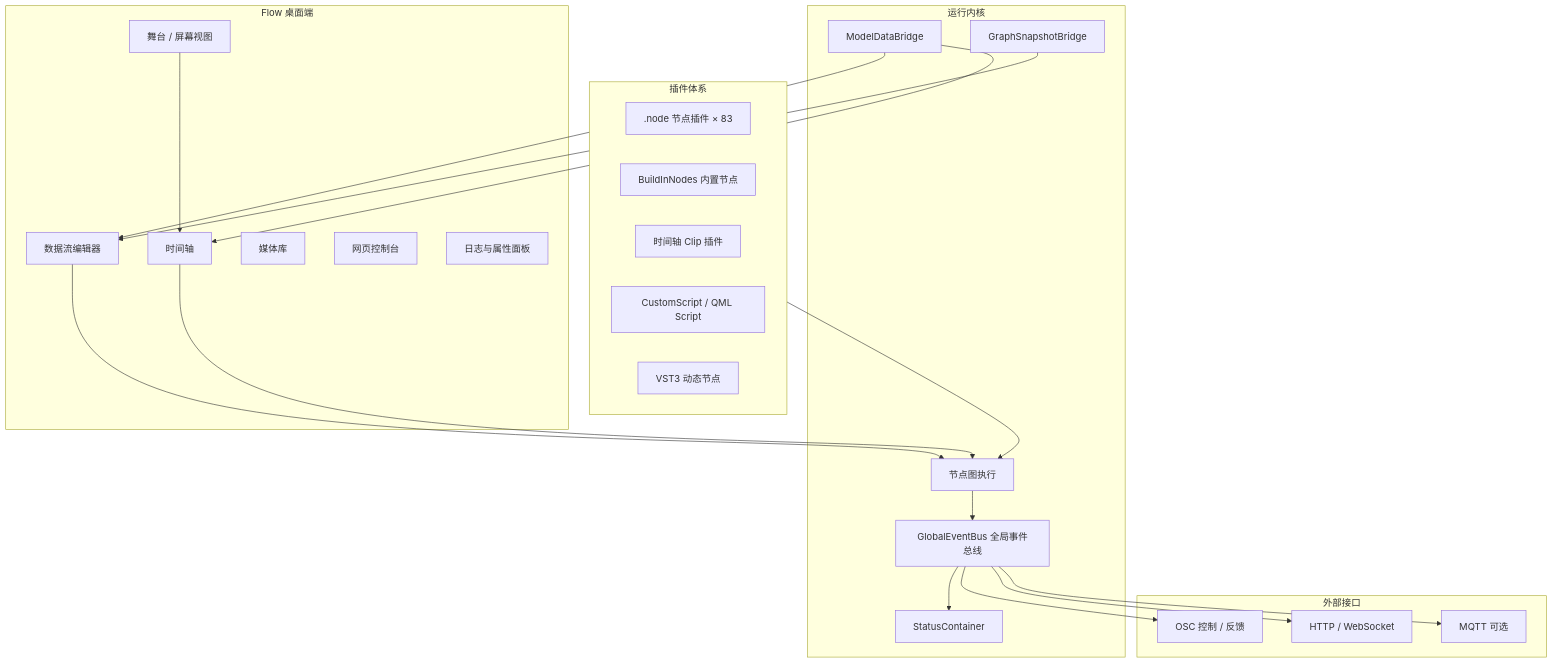
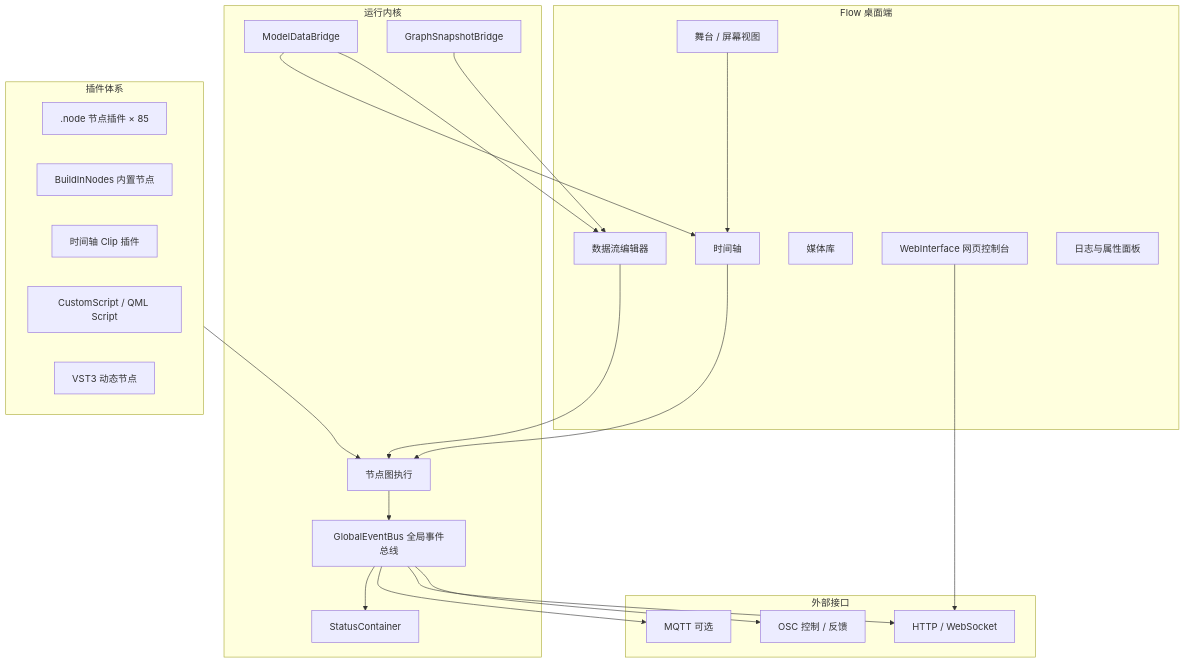
Before and after one commit to bwll1989/NodeEditorCPP: the diagram in README.md, drawn with Mermaid. The commit also changed other lines of this file and 272 other files, not shown here.

````diff
--- a/README.md
+++ b/README.md
@@ -35,46 +35,47 @@
 ```mermaid
 flowchart TB
     subgraph UI["Flow 桌面端"]
         DF[数据流编辑器]
         TL[时间轴]
         ST[舞台 / 屏幕视图]
         ML[媒体库]
-        EC[网页控制台]
+        EC[WebInterface 网页控制台]
         LG[日志与属性面板]
     end
 
     subgraph Runtime["运行内核"]
         NP[节点图执行]
         EV[GlobalEventBus 全局事件总线]
         BR[ModelDataBridge]
         GS[GraphSnapshotBridge]
         SC[StatusContainer]
     end
 
     subgraph External["外部接口"]
         OSC[OSC 控制 / 反馈]
         HTTP[HTTP / WebSocket]
         MQTT[MQTT 可选]
     end
 
     subgraph Plugins["插件体系"]
-        Nodes[".node 节点插件 × 83"]
+        Nodes[".node 节点插件 × 85"]
         BuildIn[BuildInNodes 内置节点]
         Clips["时间轴 Clip 插件"]
         JS["CustomScript / QML Script"]
         VST["VST3 动态节点"]
     end
 
     DF --> NP
     TL --> NP
     ST --> TL
     NP --> EV
     EV --> OSC
     EV --> HTTP
     EV --> MQTT
     EV --> SC
     Plugins --> NP
     BR --> DF
     BR --> TL
     GS --> DF
+    EC --> HTTP
 ```
````
